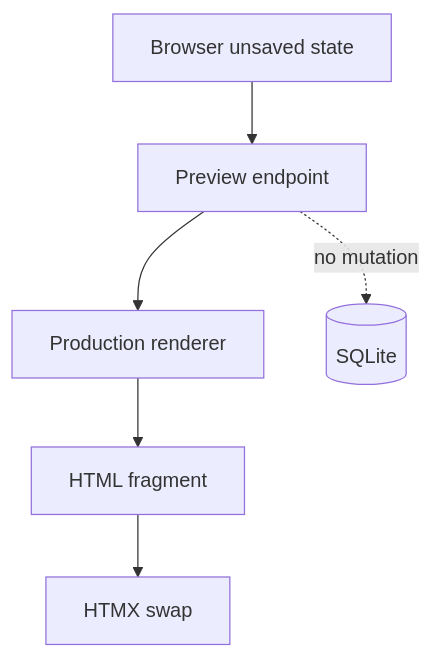
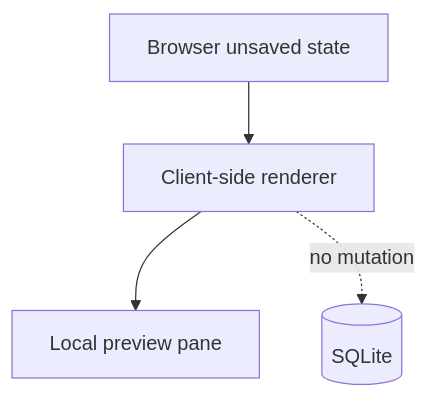
The sixth of 7 diagrams in docs/design/system.md (Natoandro/verso), drawn with Mermaid before and after one commit. The commit also changed other lines of this file and 7 other files, not shown here.

````diff
--- a/docs/design/system.md
+++ b/docs/design/system.md
@@ -230,8 +231,6 @@
 ```mermaid
 flowchart TB
-    state["Browser unsaved state"] --> endpoint["Preview endpoint"]
-    endpoint --> renderer["Production renderer"]
-    renderer --> fragment["HTML fragment"]
-    fragment --> swap["HTMX swap"]
-    endpoint -. no mutation .-> sqlite[("SQLite")]
+    state["Browser unsaved state"] --> renderer["Client-side renderer"]
+    renderer --> pane["Local preview pane"]
+    renderer -. no mutation .-> sqlite[("SQLite")]
 ```
````
